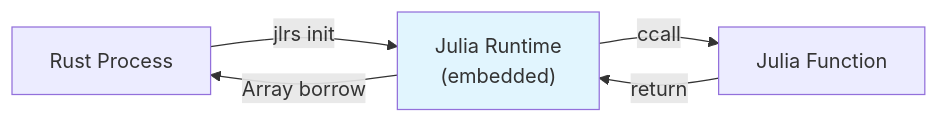
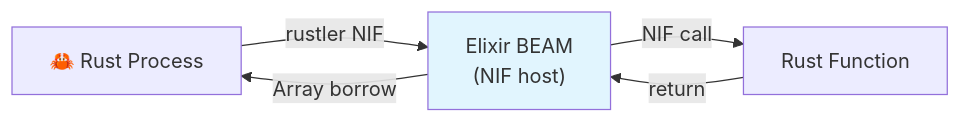
The fifth of 6 diagrams in articles/ml-lecture-19-part1.md (fumishiki/zenn), drawn with Mermaid before and after one commit. The commit also changed other lines of this file and 97 other files, not shown here.

````diff
--- a/articles/ml-lecture-19-part1.md
+++ b/articles/ml-lecture-19-part1.md
@@ -821,9 +826,9 @@
 ```mermaid
 graph LR
-    A["Rust Process"] -->|jlrs init| B["Julia Runtime<br/>(embedded)"]
-    B -->|ccall| C["Julia Function"]
+    A["🦀 Rust Process"] -->|rustler NIF| B["Elixir BEAM<br/>(NIF host)"]
+    B -->|NIF call| C["Rust Function"]
     C -->|return| B
     B -->|Array borrow| A
 
     style B fill:#e1f5fe
 ```
````
